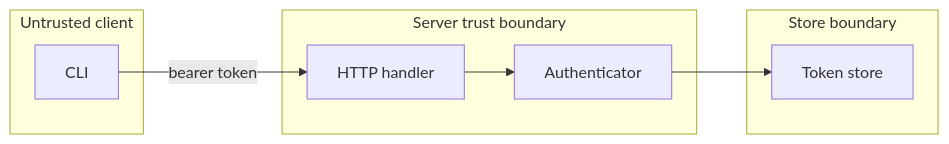
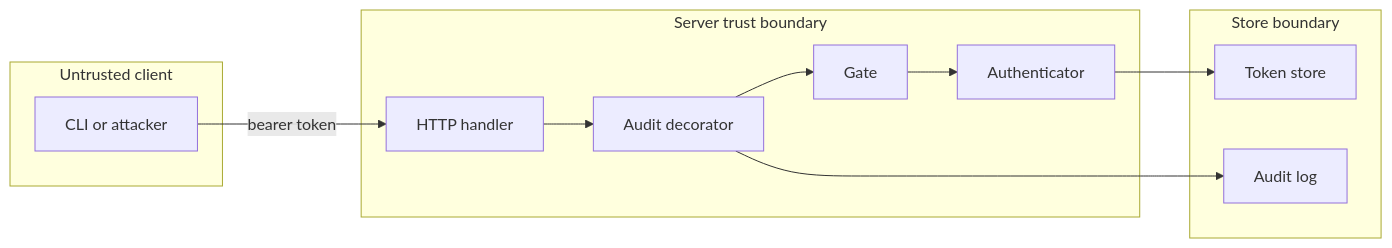
One commit to OpenDustpan/OpenDustpan changed the fourth of 4 diagrams in openspec/changes/token-life-cycle-expiry-email-token-expiry-enforcement/design.md. Above: the diagram before and after it, drawn with Mermaid. The commit also changed other lines of this file and 3 other files, not shown here.

````diff
--- a/openspec/changes/token-life-cycle-expiry-email-token-expiry-enforcement/design.md
+++ b/openspec/changes/token-life-cycle-expiry-email-token-expiry-enforcement/design.md
@@ -73,16 +137,19 @@
 ```mermaid
 flowchart LR
- subgraph Client[Untrusted client]
- CLI[CLI]
- end
- subgraph Server[Server trust boundary]
- H[HTTP handler]
- A[Authenticator]
- end
- subgraph Data[Store boundary]
- S[Token store]
- end
- CLI -->|bearer token| H
- H --> A
- A --> S
+subgraph Client[Untrusted client]
+CLI[CLI or attacker]
+end
+subgraph Server[Server trust boundary]
+H[HTTP handler]
+D[Audit decorator]
+G[Gate]
+A[Authenticator]
+end
+subgraph Data[Store boundary]
+S[Token store]
+L[Audit log]
+end
+CLI -->|bearer token| H
+H --> D --> G --> A --> S
+D --> L
 ```
````
